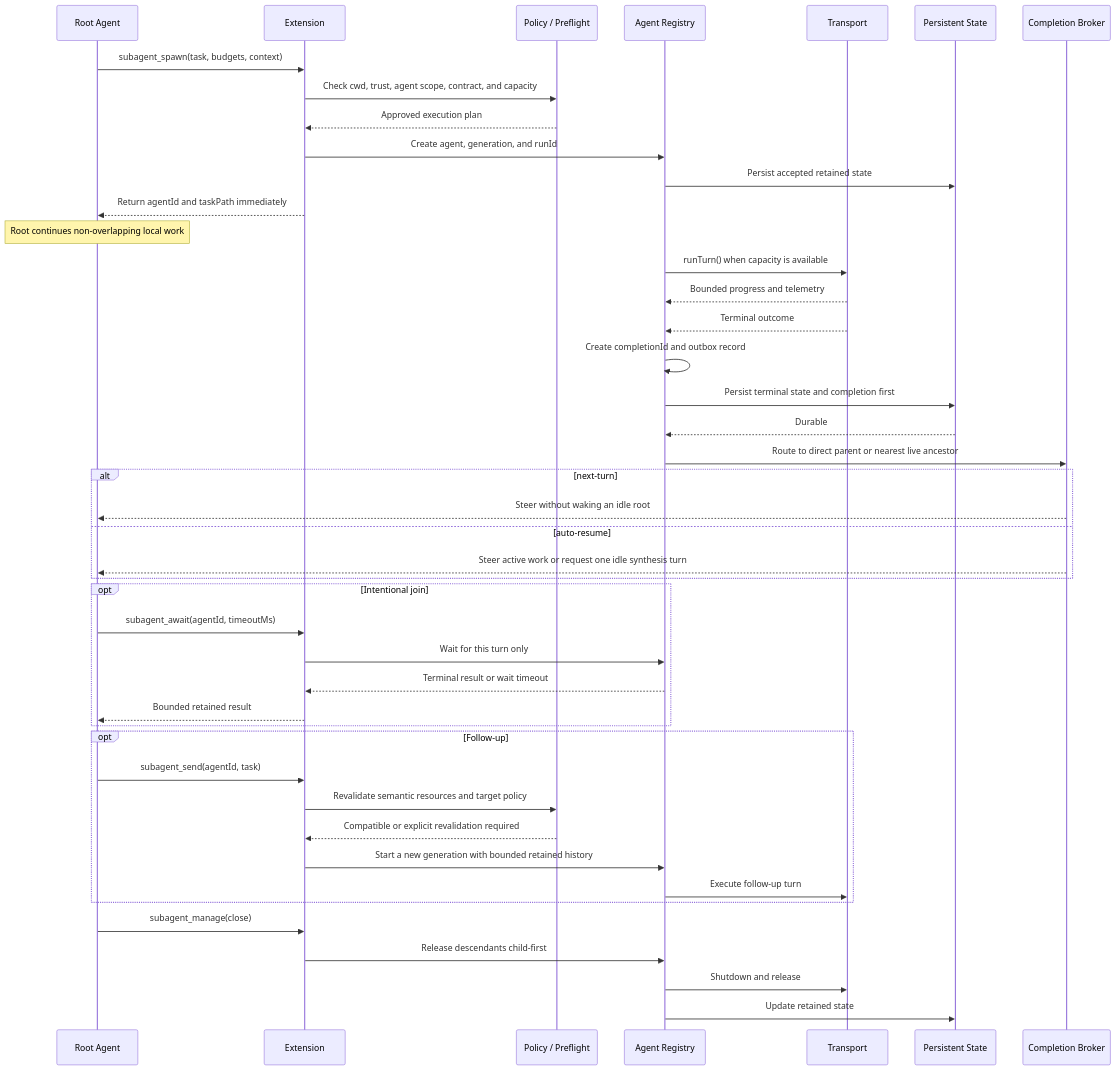
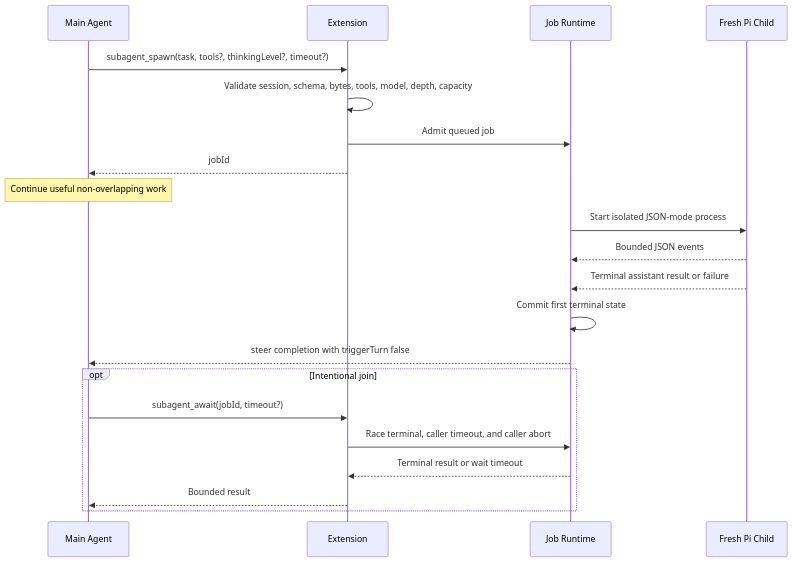
Before and after one commit to Ptilopsi4/pi-extensions: the second of 4 diagrams in packages/pi-subagents/docs/pi-subagents-diagrams.md, drawn with Mermaid. The commit also changed other lines of this file and 10 other files, not shown here.

Commit message:
docs(subagents): document bounded runtime migration

````diff
--- a/packages/pi-subagents/docs/pi-subagents-diagrams.md
+++ b/packages/pi-subagents/docs/pi-subagents-diagrams.md
@@ -49,53 +38,27 @@
 ```mermaid
 sequenceDiagram
-    participant R as Root Agent
+    participant R as Main Agent
     participant E as Extension
-    participant P as Policy / Preflight
-    participant G as Agent Registry
-    participant T as Transport
-    participant S as Persistent State
-    participant D as Completion Broker
+    participant J as Job Runtime
+    participant P as Fresh Pi Child
 
-    R->>E: subagent_spawn(task, budgets, context)
-    E->>P: Check cwd, trust, agent scope, contract, and capacity
-    P-->>E: Approved execution plan
-    E->>G: Create agent, generation, and runId
-    G->>S: Persist accepted retained state
-    E-->>R: Return agentId and taskPath immediately
+    R->>E: subagent_spawn(task, tools?, thinkingLevel?, timeout?)
+    E->>E: Validate session, schema, bytes, tools, model, depth, capacity
+    E->>J: Admit queued job
+    E-->>R: jobId
 
-    Note over R: Root continues non-overlapping local work
+    Note over R: Continue useful non-overlapping work
 
-    G->>T: runTurn() when capacity is available
-    T-->>G: Bounded progress and telemetry
-    T-->>G: Terminal outcome
-    G->>G: Create completionId and outbox record
-    G->>S: Persist terminal state and completion first
-    S-->>G: Durable
-    G->>D: Route to direct parent or nearest live ancestor
-
-    alt next-turn
-        D-->>R: Steer without waking an idle root
-    else auto-resume
-        D-->>R: Steer active work or request one idle synthesis turn
-    end
+    J->>P: Start isolated JSON-mode process
+    P-->>J: Bounded JSON events
+    P-->>J: Terminal assistant result or failure
+    J->>J: Commit first terminal state
+    J-->>R: steer completion with triggerTurn false
 
     opt Intentional join
-        R->>E: subagent_await(agentId, timeoutMs)
-        E->>G: Wait for this turn only
-        G-->>E: Terminal result or wait timeout
-        E-->>R: Bounded retained result
+        R->>E: subagent_await(jobId, timeout?)
+        E->>J: Race terminal, caller timeout, and caller abort
+        J-->>E: Terminal result or wait timeout
+        E-->>R: Bounded result
     end
-
-    opt Follow-up
-        R->>E: subagent_send(agentId, task)
-        E->>P: Revalidate semantic resources and target policy
-        P-->>E: Compatible or explicit revalidation required
-        E->>G: Start a new generation with bounded retained history
-        G->>T: Execute follow-up turn
-    end
-
-    R->>E: subagent_manage(close)
-    E->>G: Release descendants child-first
-    G->>T: Shutdown and release
-    G->>S: Update retained state
 ```
````
